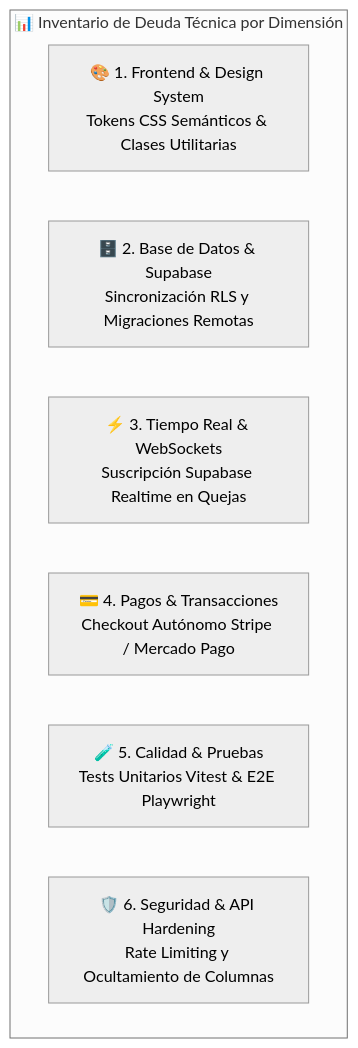
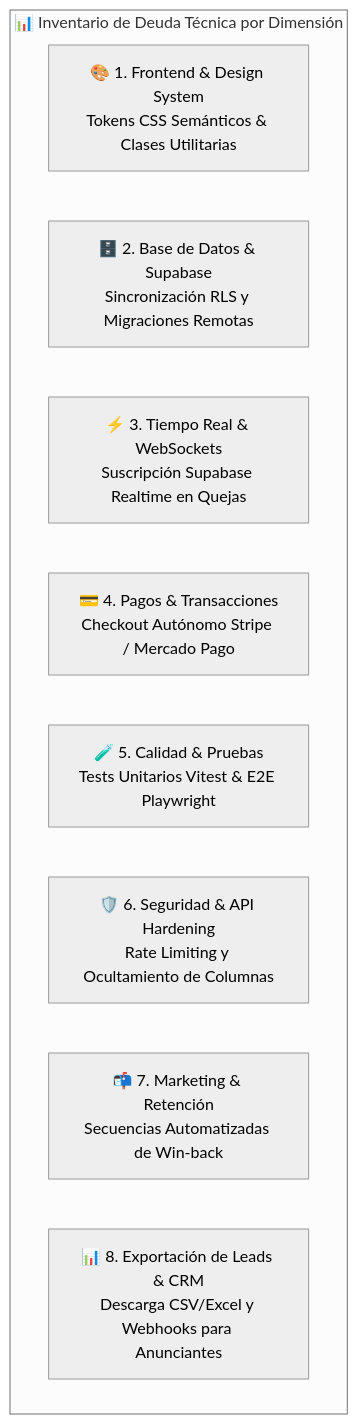
One commit to arteagaescorza-dev/google-reviews-nfc changed the first of 2 diagrams in docs/DEUDA_TECNICA.md. Above: the diagram before and after it, drawn with Mermaid (neutral theme). The commit also changed other lines of this file and 1 other file, not shown here.

Commit message:
docs(spec): add DT-08 for CRM exports, register WhatsApp & Wallet reactivation, and formalize Multi-Coupon Wallet Passport

````diff
--- a/docs/DEUDA_TECNICA.md
+++ b/docs/DEUDA_TECNICA.md
@@ -11,11 +11,13 @@
 ```mermaid
 graph TD
     subgraph Deuda ["📊 Inventario de Deuda Técnica por Dimensión"]
         D1["🎨 1. Frontend & Design System<br/>Tokens CSS Semánticos & Clases Utilitarias"]
         D2["🗄️ 2. Base de Datos & Supabase<br/>Sincronización RLS y Migraciones Remotas"]
         D3["⚡ 3. Tiempo Real & WebSockets<br/>Suscripción Supabase Realtime en Quejas"]
         D4["💳 4. Pagos & Transacciones<br/>Checkout Autónomo Stripe / Mercado Pago"]
         D5["🧪 5. Calidad & Pruebas<br/>Tests Unitarios Vitest & E2E Playwright"]
         D6["🛡️ 6. Seguridad & API Hardening<br/>Rate Limiting y Ocultamiento de Columnas"]
+        D7["📬 7. Marketing & Retención<br/>Secuencias Automatizadas de Win-back"]
+        D8["📊 8. Exportación de Leads & CRM<br/>Descarga CSV/Excel y Webhooks para Anunciantes"]
     end
 ```
````
